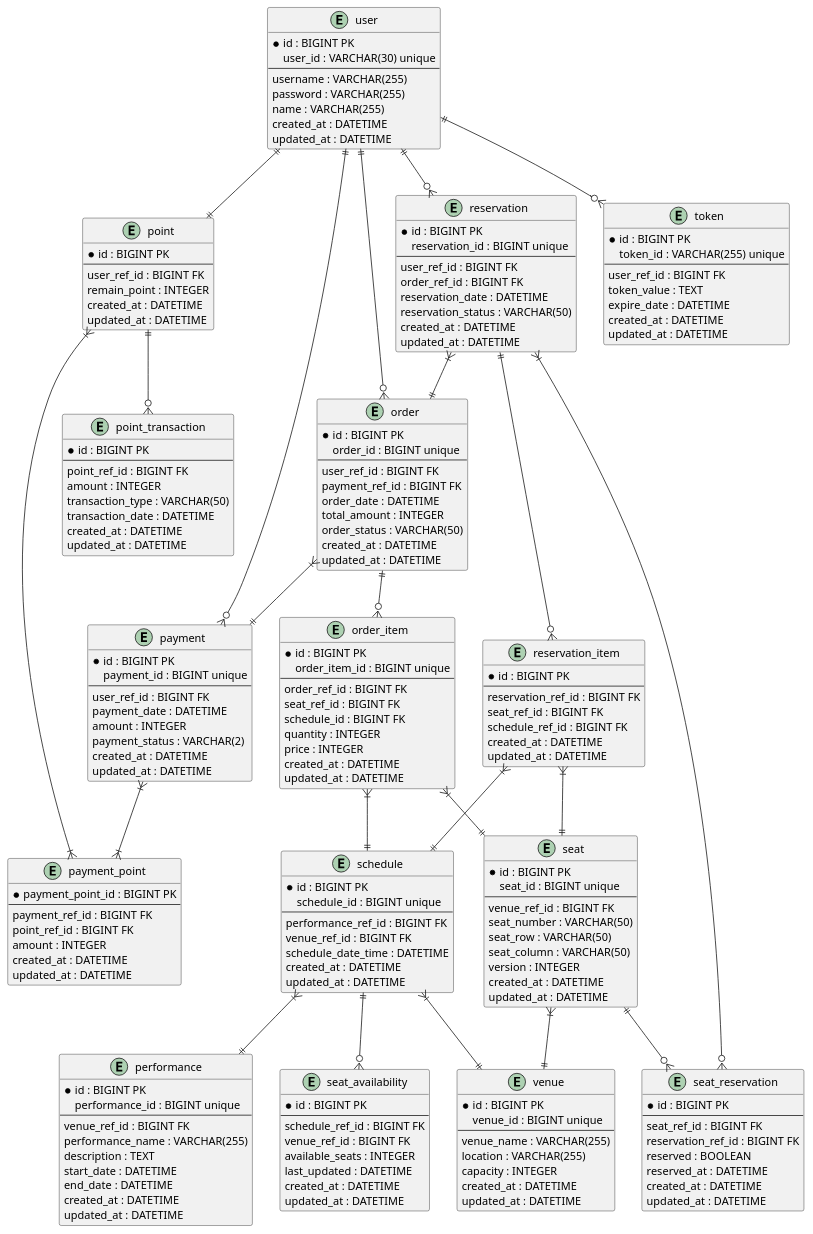
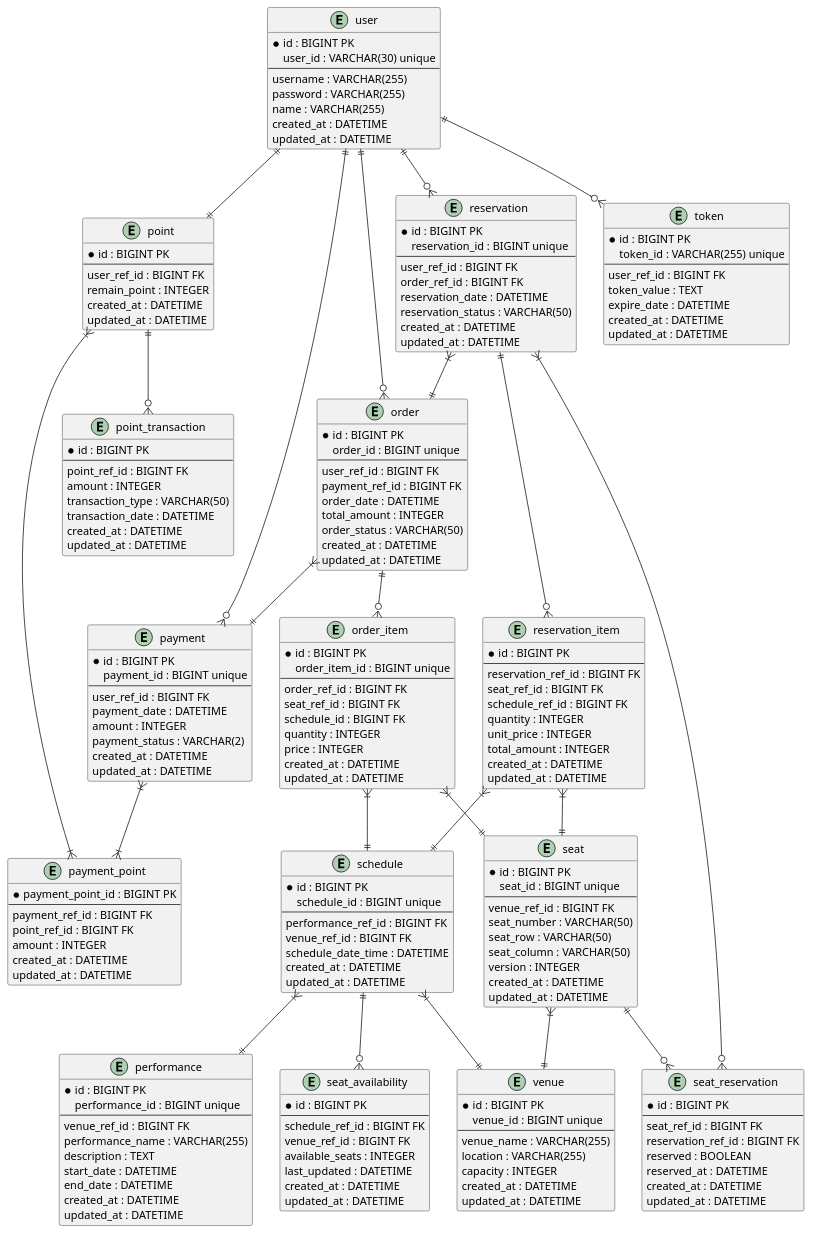
One commit to CASY82/Chapter02_Server changed the diagram in docs/DB서비스 병목 예상쿼리 분석.md. Above: the diagram before and after it, drawn with PlantUML. The commit also changed 88 other files, not shown here.

```diff
--- a/docs/DB서비스 병목 예상쿼리 분석.md
+++ b/docs/DB서비스 병목 예상쿼리 분석.md
@@ -270,6 +270,9 @@
   reservation_ref_id : BIGINT FK
   seat_ref_id : BIGINT FK
   schedule_ref_id : BIGINT FK
+  quantity : INTEGER
+  unit_price : INTEGER
+  total_amount : INTEGER
   created_at : DATETIME
   updated_at : DATETIME
 }
```
